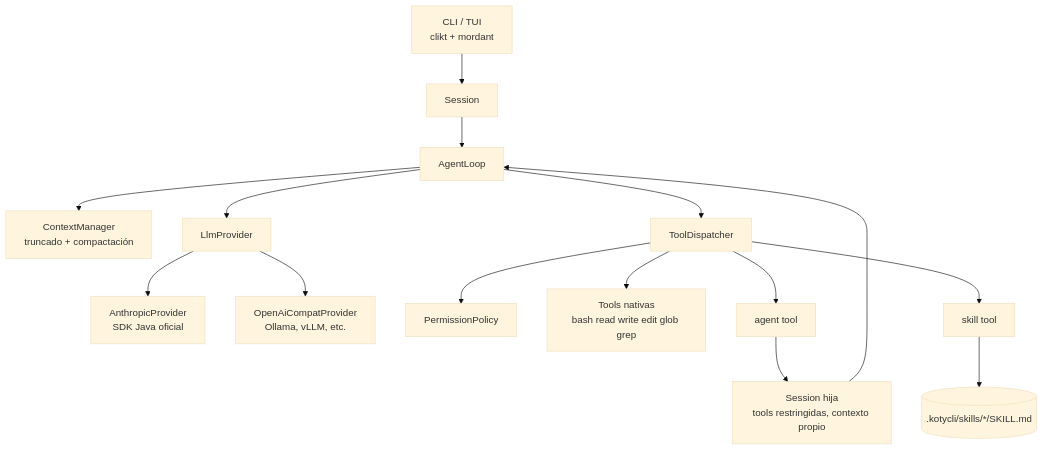
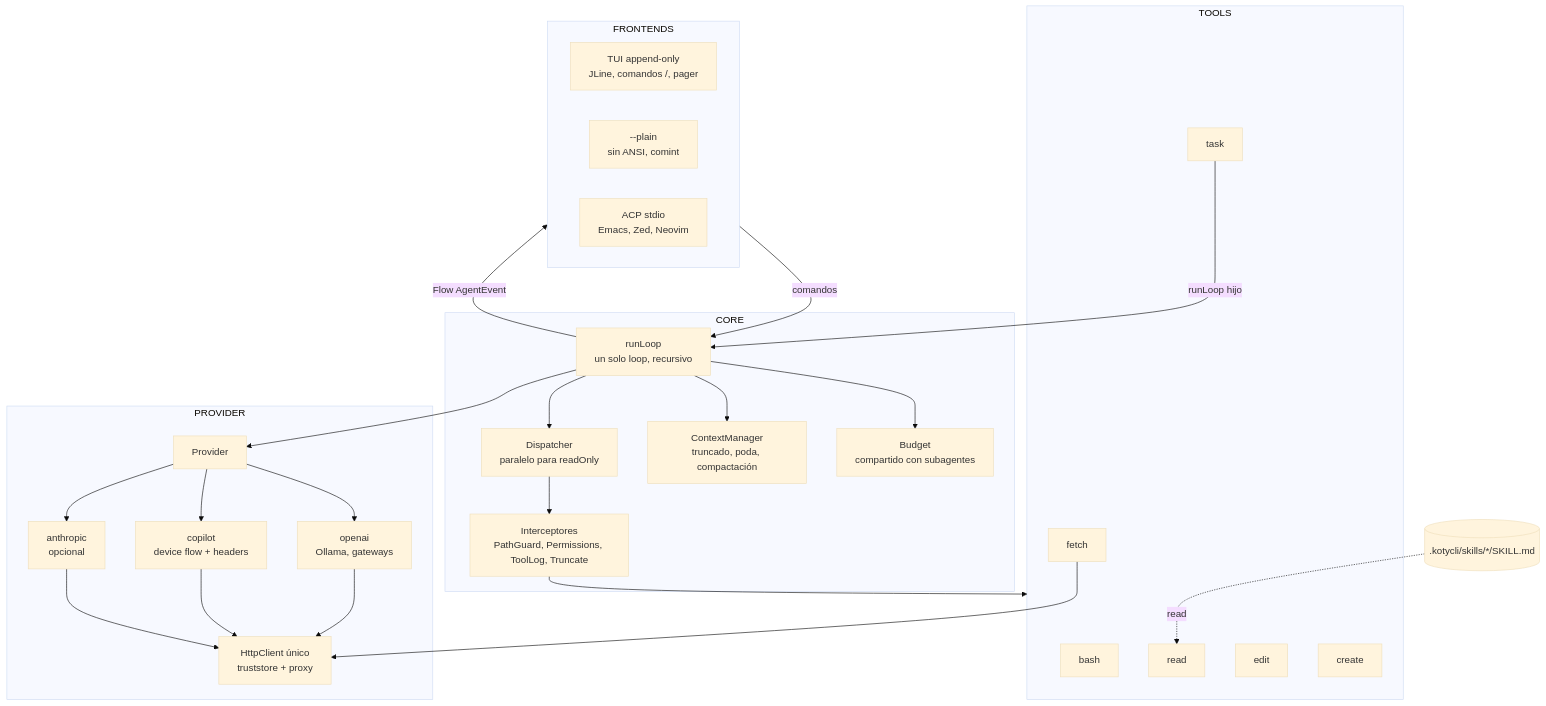
One commit to iburquijo/kotycli changed the diagram in docs/architecture/README.md. Above: the diagram before and after it, drawn with Mermaid (base theme). The commit also changed other lines of this file and 24 other files, not shown here.

First line of the commit message:
Reconcile architecture docs with the harness vision document

````diff
--- a/docs/architecture/README.md
+++ b/docs/architecture/README.md
@@ -21,15 +25,35 @@
 ```mermaid
 flowchart TB
-    CLI[CLI / TUI<br/>clikt + mordant] --> Session
-    Session --> Loop[AgentLoop]
-    Loop --> Ctx[ContextManager<br/>truncado + compactación]
-    Loop --> Provider[LlmProvider]
-    Provider --> Anthropic[AnthropicProvider<br/>SDK Java oficial]
-    Provider --> OpenAICompat[OpenAiCompatProvider<br/>Ollama, vLLM, etc.]
-    Loop --> Dispatcher[ToolDispatcher]
-    Dispatcher --> Perms[PermissionPolicy]
-    Dispatcher --> Tools[Tools nativas<br/>bash read write edit glob grep]
-    Dispatcher --> AgentTool[agent tool] --> SubSession[Session hija<br/>tools restringidas, contexto propio]
-    SubSession --> Loop
-    Dispatcher --> SkillTool[skill tool] --> Skills[(.kotycli/skills/*/SKILL.md)]
+    subgraph FRONTENDS
+        TUI[TUI append-only<br/>JLine, comandos /, pager]
+        PLAIN[--plain<br/>sin ANSI, comint]
+        ACP[ACP stdio<br/>Emacs, Zed, Neovim]
+    end
+    subgraph CORE
+        Loop[runLoop<br/>un solo loop, recursivo]
+        Disp[Dispatcher<br/>paralelo para readOnly]
+        Int[Interceptores<br/>PathGuard, Permissions, ToolLog, Truncate]
+        Ctx[ContextManager<br/>truncado, poda, compactación]
+        Budget[Budget<br/>compartido con subagentes]
+    end
+    subgraph TOOLS
+        bash & read & edit & create & fetch
+        task[task] -->|runLoop hijo| Loop
+    end
+    subgraph PROVIDER
+        P[Provider]
+        OAI[openai<br/>Ollama, gateways]
+        CP[copilot<br/>device flow + headers]
+        AN[anthropic<br/>opcional]
+        HTTP[HttpClient único<br/>truststore + proxy]
+    end
+    FRONTENDS -->|comandos| Loop
+    Loop -->|Flow AgentEvent| FRONTENDS
+    Loop --> Disp --> Int --> TOOLS
+    Loop --> Ctx
+    Loop --> Budget
+    Loop --> P
+    P --> OAI & CP & AN
+    OAI & CP & AN & fetch --> HTTP
+    Skills[(.kotycli/skills/*/SKILL.md)] -.->|read| read
 ```
````
